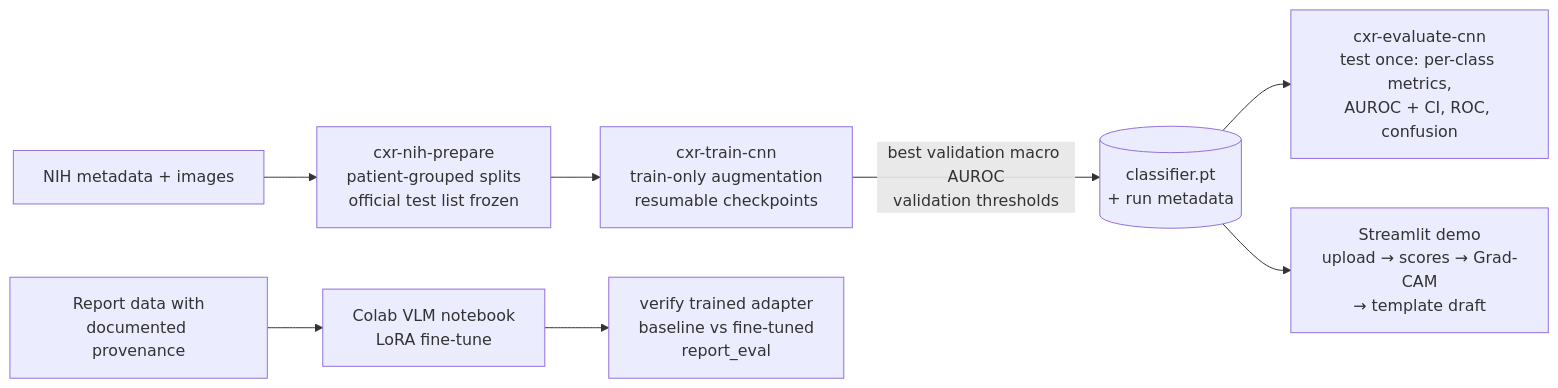
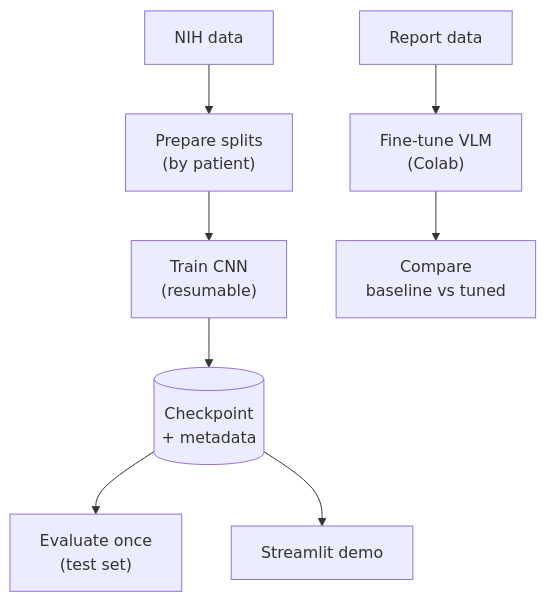
One commit to devbyabir/cxr-insight changed the diagram in README.md. Above: the diagram before and after it, drawn with Mermaid. The commit also changed other lines of this file, not shown here.

Commit message:
docs: make the architecture diagram readable on GitHub
Node labels were clipped in the left-to-right Mermaid layout; use a
top-down layout with short labels and move the details into a table.

````diff
--- a/README.md
+++ b/README.md
@@ -95,10 +95,10 @@
 ```mermaid
-flowchart LR
-    A[NIH metadata + images] --> B[cxr-nih-prepare<br/>patient-grouped splits<br/>official test list frozen]
-    B --> C[cxr-train-cnn<br/>train-only augmentation<br/>resumable checkpoints]
-    C -->|best validation macro AUROC<br/>validation thresholds| D[(classifier.pt<br/>+ run metadata)]
-    D --> E[cxr-evaluate-cnn<br/>test once: per-class metrics,<br/>AUROC + CI, ROC, confusion]
-    D --> F[Streamlit demo<br/>upload → scores → Grad-CAM<br/>→ template draft]
-    G[Report data with<br/>documented provenance] --> H[Colab VLM notebook<br/>LoRA fine-tune]
-    H --> I[verify trained adapter<br/>baseline vs fine-tuned<br/>report_eval]
+flowchart TD
+    A["NIH data"] --> B["Prepare splits<br/>(by patient)"]
+    B --> C["Train CNN<br/>(resumable)"]
+    C --> D[("Checkpoint<br/>+ metadata")]
+    D --> E["Evaluate once<br/>(test set)"]
+    D --> F["Streamlit demo"]
+    G["Report data"] --> H["Fine-tune VLM<br/>(Colab)"]
+    H --> I["Compare<br/>baseline vs tuned"]
 ```
````
